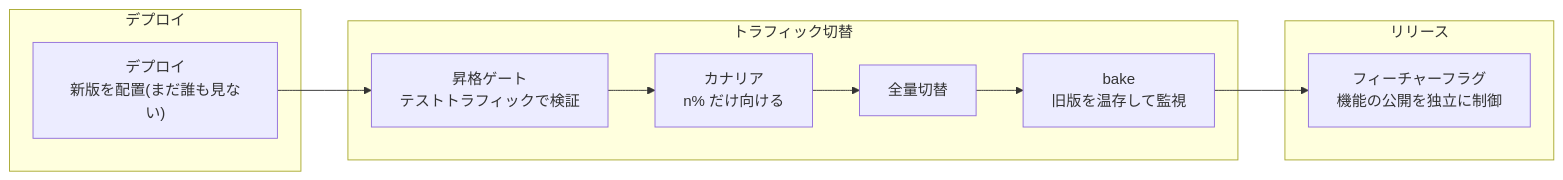
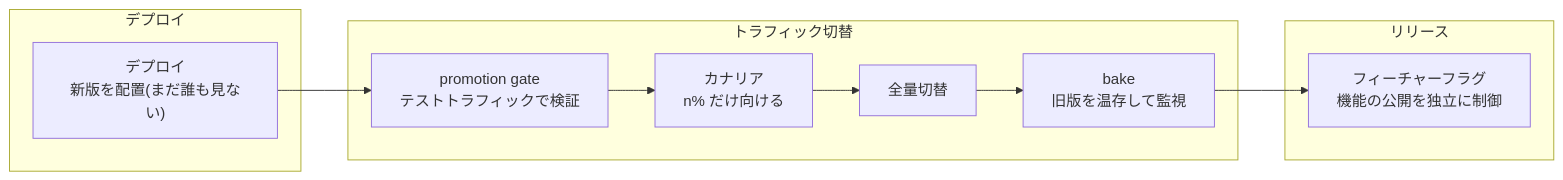
The first of 7 diagrams in src/content/blog/progressive-delivery-intro.mdx (rikukaInoue/rikukadev), drawn with Mermaid before and after one commit. The commit also changed other lines of this file and 11 other files, not shown here.

First line of the commit message:
用語を標準の語に: 昇格ゲート→promotion gate、レバー→手段、被弾→失敗したリクエスト

````diff
--- a/src/content/blog/progressive-delivery-intro.mdx
+++ b/src/content/blog/progressive-delivery-intro.mdx
@@ -20,14 +20,14 @@
 ```mermaid
 graph LR
     subgraph デプロイ
         D["デプロイ<br/>新版を配置(まだ誰も見ない)"]
     end
     subgraph トラフィック切替
-        G["昇格ゲート<br/>テストトラフィックで検証"] --> C["カナリア<br/>n% だけ向ける"] --> F2["全量切替"] --> BK["bake<br/>旧版を温存して監視"]
+        G["promotion gate<br/>テストトラフィックで検証"] --> C["カナリア<br/>n% だけ向ける"] --> F2["全量切替"] --> BK["bake<br/>旧版を温存して監視"]
     end
     subgraph リリース
         FL["フィーチャーフラグ<br/>機能の公開を独立に制御"]
     end
     D --> G
     BK --> FL
 ```
````
